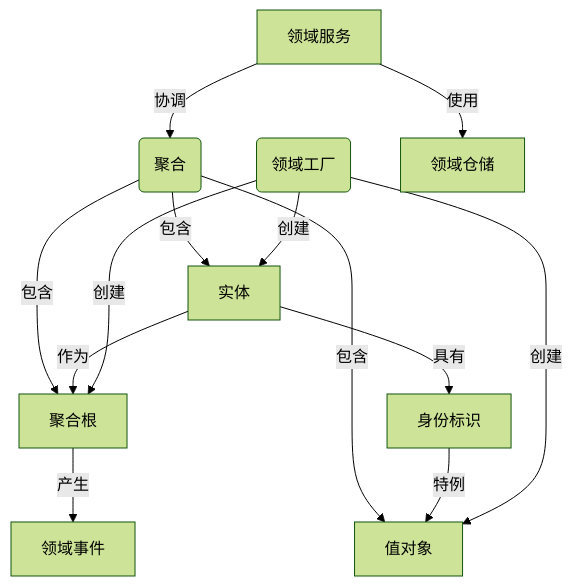
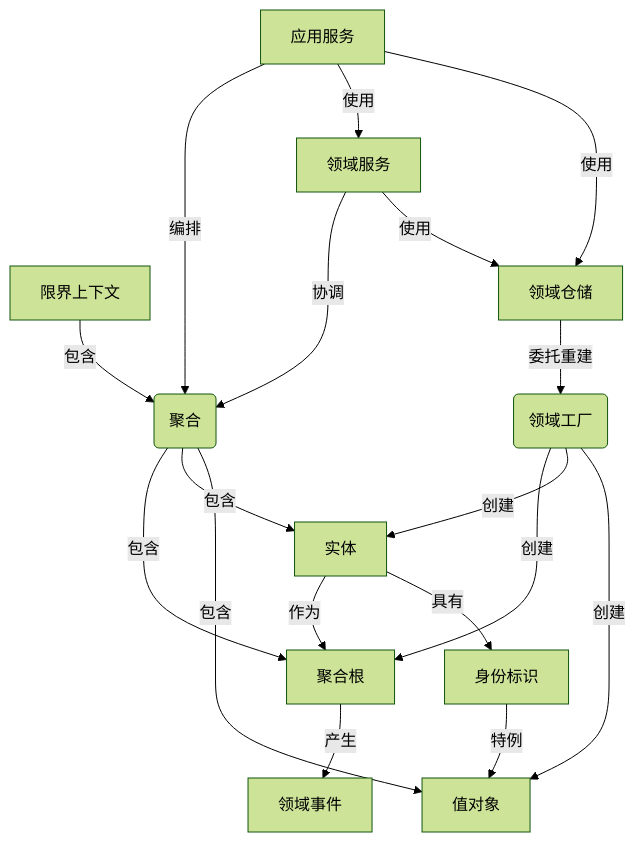
The first of 2 diagrams in matrix-framework-ddd/Guideline_DDD.md (WangLiangChen/matrix-framework), drawn with Mermaid (forest theme) before and after one commit. The commit also changed other lines of this file and 90 other files, not shown here.

````diff
--- a/matrix-framework-ddd/Guideline_DDD.md
+++ b/matrix-framework-ddd/Guideline_DDD.md
@@ -71,24 +221,31 @@
 ```mermaid
 graph TD
+    BoundedContext[限界上下文]
+    ApplicationService[应用服务]
     Aggregate(聚合)
     DomainFactory(领域工厂)
     AggregateRoot[聚合根]
     DomainService[领域服务]
     Entity[实体]
     ValueObject[值对象]
     Identity[身份标识]
     DomainEvent[领域事件]
     DomainRepository[领域仓储]
+    BoundedContext -- 包含 --> Aggregate
     Aggregate -- 包含 --> AggregateRoot
     Aggregate -- 包含 --> Entity
     Aggregate -- 包含 --> ValueObject
     AggregateRoot -- 产生 --> DomainEvent
     Entity -- 作为 --> AggregateRoot
     Entity -- 具有 --> Identity
     Identity -- 特例 --> ValueObject
     DomainService -- 协调 --> Aggregate
     DomainFactory -- 创建 --> AggregateRoot
     DomainFactory -- 创建 --> Entity
     DomainFactory -- 创建 --> ValueObject
     DomainService -- 使用 --> DomainRepository
+    DomainRepository -- 委托重建 --> DomainFactory
+    ApplicationService -- 编排 --> Aggregate
+    ApplicationService -- 使用 --> DomainService
+    ApplicationService -- 使用 --> DomainRepository
 ```
````
